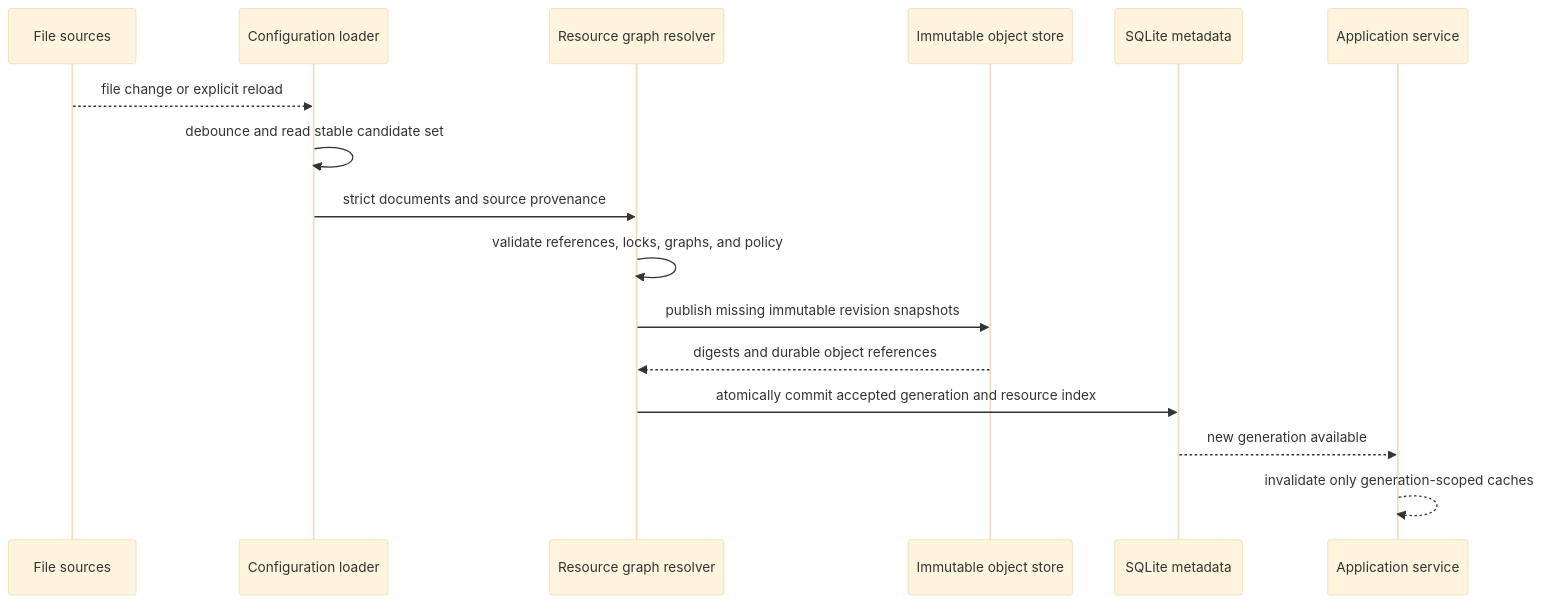
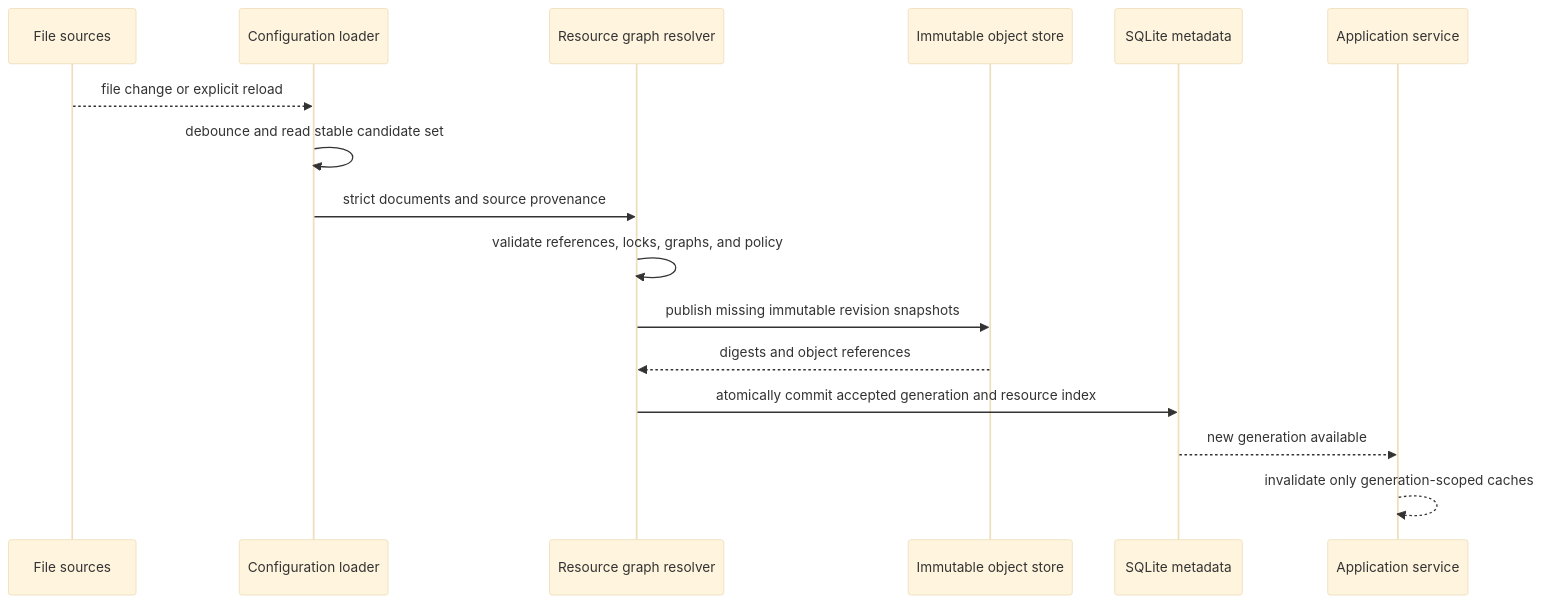
The diagram in spec/agent-ui/01-configuration-and-resource-catalog.md (LTThreeComma/agent-foundation), drawn with Mermaid (base theme) before and after one commit. The commit also changed other lines of this file and 132 other files, not shown here.

````diff
--- a/spec/agent-ui/01-configuration-and-resource-catalog.md
+++ b/spec/agent-ui/01-configuration-and-resource-catalog.md
@@ -266,19 +244,19 @@
 ```mermaid
 sequenceDiagram
     participant Source as File sources
     participant Loader as Configuration loader
     participant Resolver as Resource graph resolver
     participant Objects as Immutable object store
     participant DB as SQLite metadata
     participant App as Application service
 
     Source-->>Loader: file change or explicit reload
     Loader->>Loader: debounce and read stable candidate set
     Loader->>Resolver: strict documents and source provenance
     Resolver->>Resolver: validate references, locks, graphs, and policy
     Resolver->>Objects: publish missing immutable revision snapshots
-    Objects-->>Resolver: digests and durable object references
+    Objects-->>Resolver: digests and object references
     Resolver->>DB: atomically commit accepted generation and resource index
     DB-->>App: new generation available
     App-->>App: invalidate only generation-scoped caches
 ```
````
